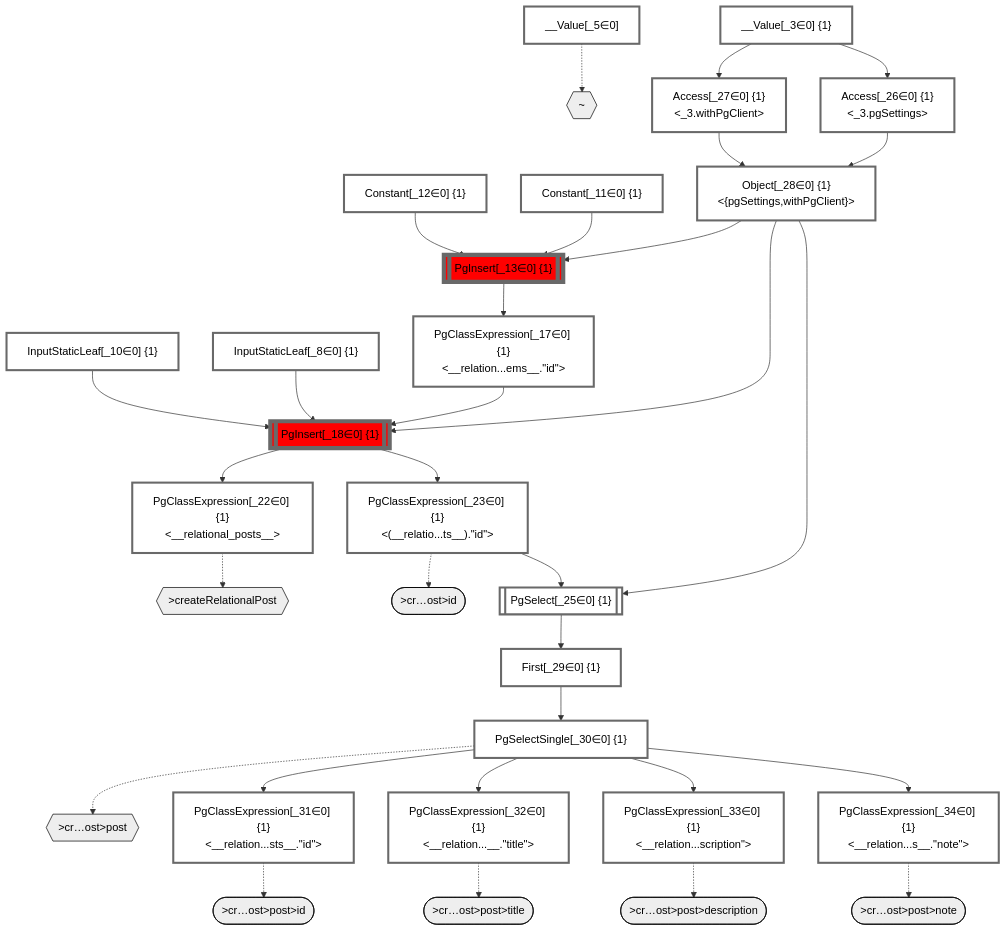
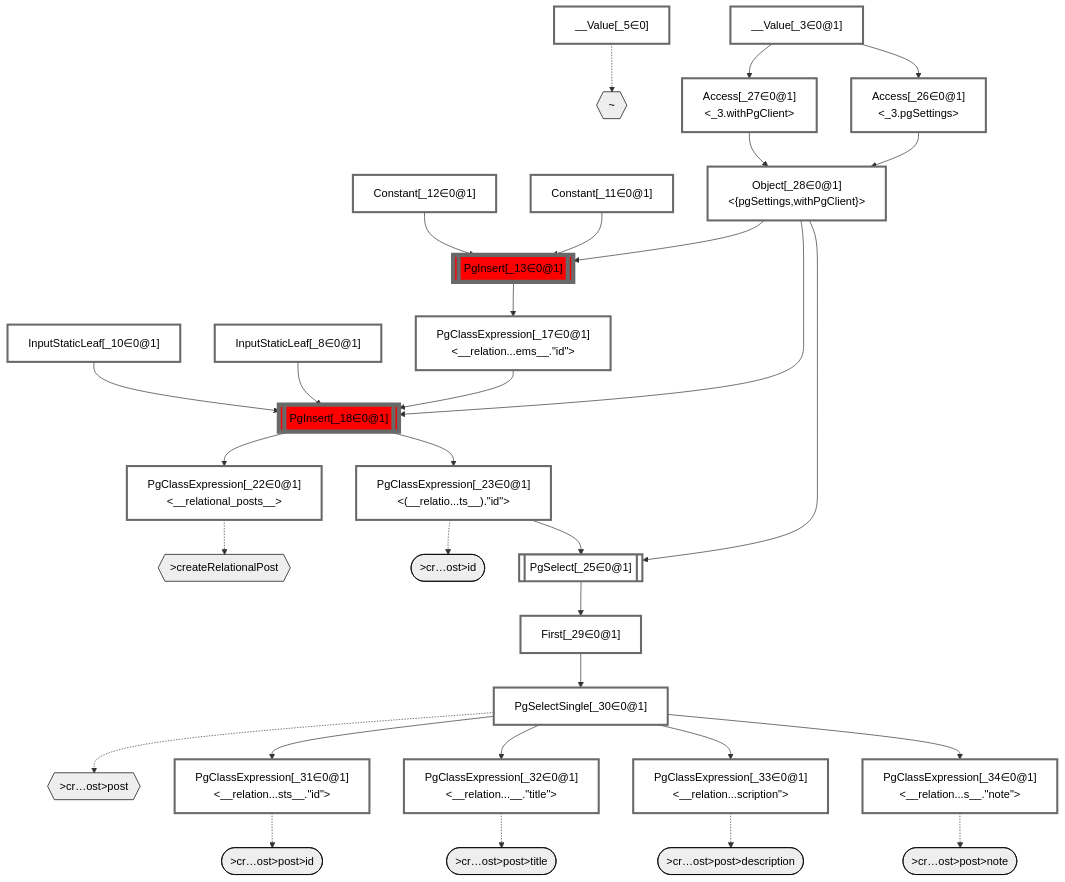
One commit to graphile/crystal changed the diagram in packages/dataplan-pg/__tests__/mutations/basics/create-relational-post-default-description.mermaid.md. Above: the diagram before and after it, drawn with Mermaid. The commit also changed 41 other files, not shown here.

Commit message:
New mermaid output with primary group IDs

```diff
--- a/packages/dataplan-pg/__tests__/mutations/basics/create-relational-post-default-description.mermaid.md
+++ b/packages/dataplan-pg/__tests__/mutations/basics/create-relational-post-default-description.mermaid.md
@@ -24,27 +24,27 @@
     %% end
 
     %% define plans
-    __Value_3["__Value[_3∈0] {1}<br /><context>"]:::plan
+    __Value_3["__Value[_3∈0@1]<br /><context>"]:::plan
     __Value_5["__Value[_5∈0]<br /><rootValue>"]:::plan
-    InputStaticLeaf_8["InputStaticLeaf[_8∈0] {1}"]:::plan
-    InputStaticLeaf_10["InputStaticLeaf[_10∈0] {1}"]:::plan
-    Constant_11["Constant[_11∈0] {1}"]:::plan
-    Constant_12["Constant[_12∈0] {1}"]:::plan
-    PgInsert_13[["PgInsert[_13∈0] {1}"]]:::sideeffectplan
-    PgClassExpression_17["PgClassExpression[_17∈0] {1}<br /><__relation...ems__.#quot;id#quot;>"]:::plan
-    PgInsert_18[["PgInsert[_18∈0] {1}"]]:::sideeffectplan
-    PgClassExpression_22["PgClassExpression[_22∈0] {1}<br /><__relational_posts__>"]:::plan
-    PgClassExpression_23["PgClassExpression[_23∈0] {1}<br /><(__relatio...ts__).#quot;id#quot;>"]:::plan
-    PgSelect_25[["PgSelect[_25∈0] {1}<br /><relational_posts>"]]:::plan
-    Access_26["Access[_26∈0] {1}<br /><_3.pgSettings>"]:::plan
-    Access_27["Access[_27∈0] {1}<br /><_3.withPgClient>"]:::plan
-    Object_28["Object[_28∈0] {1}<br /><{pgSettings,withPgClient}>"]:::plan
-    First_29["First[_29∈0] {1}"]:::plan
-    PgSelectSingle_30["PgSelectSingle[_30∈0] {1}<br /><relational_posts>"]:::plan
-    PgClassExpression_31["PgClassExpression[_31∈0] {1}<br /><__relation...sts__.#quot;id#quot;>"]:::plan
-    PgClassExpression_32["PgClassExpression[_32∈0] {1}<br /><__relation...__.#quot;title#quot;>"]:::plan
-    PgClassExpression_33["PgClassExpression[_33∈0] {1}<br /><__relation...scription#quot;>"]:::plan
-    PgClassExpression_34["PgClassExpression[_34∈0] {1}<br /><__relation...s__.#quot;note#quot;>"]:::plan
+    InputStaticLeaf_8["InputStaticLeaf[_8∈0@1]"]:::plan
+    InputStaticLeaf_10["InputStaticLeaf[_10∈0@1]"]:::plan
+    Constant_11["Constant[_11∈0@1]"]:::plan
+    Constant_12["Constant[_12∈0@1]"]:::plan
+    PgInsert_13[["PgInsert[_13∈0@1]"]]:::sideeffectplan
+    PgClassExpression_17["PgClassExpression[_17∈0@1]<br /><__relation...ems__.#quot;id#quot;>"]:::plan
+    PgInsert_18[["PgInsert[_18∈0@1]"]]:::sideeffectplan
+    PgClassExpression_22["PgClassExpression[_22∈0@1]<br /><__relational_posts__>"]:::plan
+    PgClassExpression_23["PgClassExpression[_23∈0@1]<br /><(__relatio...ts__).#quot;id#quot;>"]:::plan
+    PgSelect_25[["PgSelect[_25∈0@1]<br /><relational_posts>"]]:::plan
+    Access_26["Access[_26∈0@1]<br /><_3.pgSettings>"]:::plan
+    Access_27["Access[_27∈0@1]<br /><_3.withPgClient>"]:::plan
+    Object_28["Object[_28∈0@1]<br /><{pgSettings,withPgClient}>"]:::plan
+    First_29["First[_29∈0@1]"]:::plan
+    PgSelectSingle_30["PgSelectSingle[_30∈0@1]<br /><relational_posts>"]:::plan
+    PgClassExpression_31["PgClassExpression[_31∈0@1]<br /><__relation...sts__.#quot;id#quot;>"]:::plan
+    PgClassExpression_32["PgClassExpression[_32∈0@1]<br /><__relation...__.#quot;title#quot;>"]:::plan
+    PgClassExpression_33["PgClassExpression[_33∈0@1]<br /><__relation...scription#quot;>"]:::plan
+    PgClassExpression_34["PgClassExpression[_34∈0@1]<br /><__relation...s__.#quot;note#quot;>"]:::plan
 
     %% plan dependencies
     Object_28 --> PgInsert_13
```
